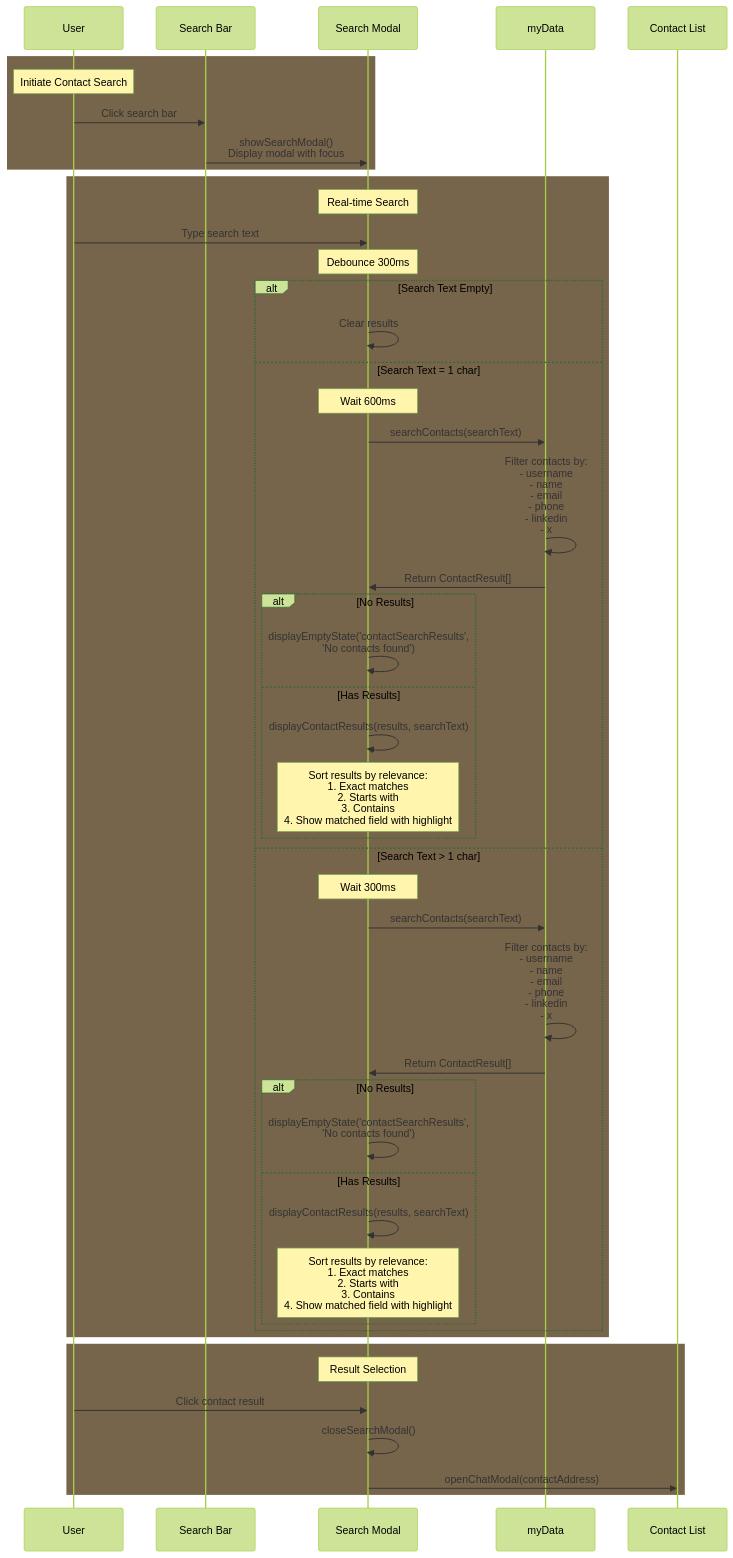
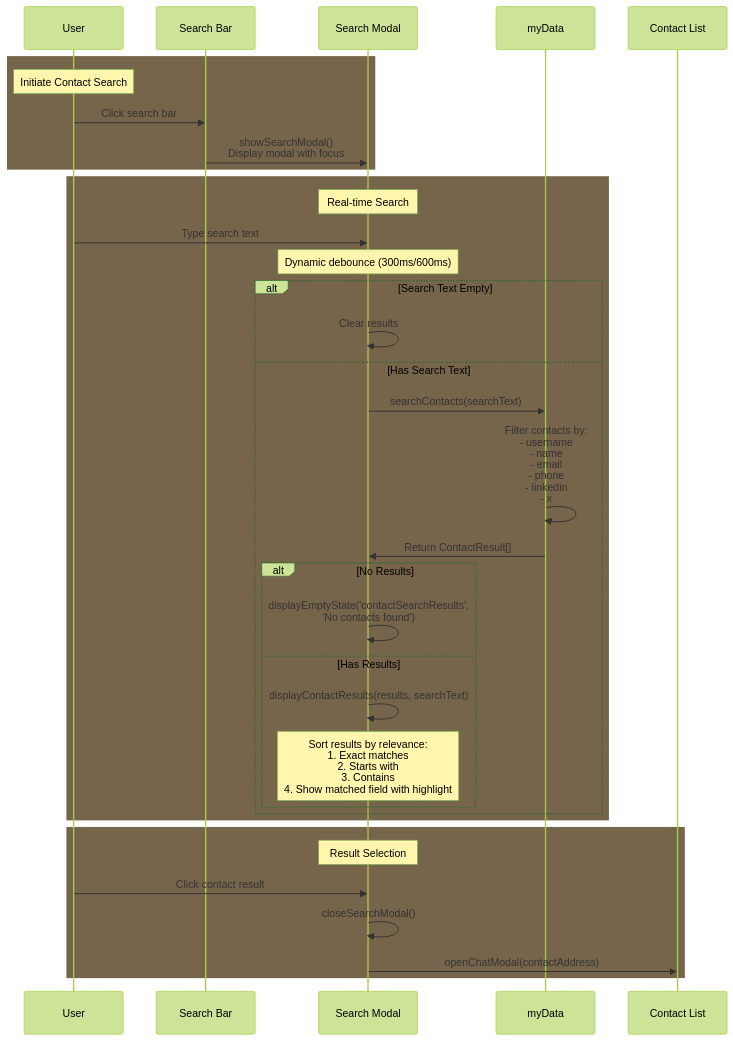
One commit to silver83p/web-client-v2 changed the diagram in data_structures_flow/contacts-search-flow.md. Above: the diagram before and after it, drawn with Mermaid (forest theme). The commit also changed other lines of this file and 3 other files, not shown here.

First line of the commit message:
Refactor search functionality with dynamic debounce and unified result handling

````diff
--- a/data_structures_flow/contacts-search-flow.md
+++ b/data_structures_flow/contacts-search-flow.md
@@ -6,52 +7,40 @@
 ```mermaid
 sequenceDiagram
     participant User
     participant SearchBar as Search Bar
     participant Modal as Search Modal
     participant Data as myData
     participant Contact as Contact List
 
     rect rgb(119, 101, 75)
         Note over User: Initiate Contact Search
         User->>SearchBar: Click search bar
         SearchBar->>Modal: showSearchModal()<br/>Display modal with focus
     end
 
     rect rgb(119, 101, 75)
         Note over Modal: Real-time Search
         User->>Modal: Type search text
-        Note over Modal: Debounce 300ms
+        Note over Modal: Dynamic debounce (300ms/600ms)
         alt Search Text Empty
             Modal->>Modal: Clear results
-        else Search Text = 1 char
-            Note over Modal: Wait 600ms
-            Modal->>Data: searchContacts(searchText)
-            Data->>Data: Filter contacts by:<br/>- username<br/>- name<br/>- email<br/>- phone<br/>- linkedin<br/>- x
-            Data->>Modal: Return ContactResult[]
-            alt No Results
-                Modal->>Modal: displayEmptyState('contactSearchResults',<br/>'No contacts found')
-            else Has Results
-                Modal->>Modal: displayContactResults(results, searchText)
-                Note over Modal: Sort results by relevance:<br/>1. Exact matches<br/>2. Starts with<br/>3. Contains<br/>4. Show matched field with highlight
-            end
-        else Search Text > 1 char
-            Note over Modal: Wait 300ms
+        else Has Search Text
             Modal->>Data: searchContacts(searchText)
             Data->>Data: Filter contacts by:<br/>- username<br/>- name<br/>- email<br/>- phone<br/>- linkedin<br/>- x
             Data->>Modal: Return ContactResult[]
             alt No Results
                 Modal->>Modal: displayEmptyState('contactSearchResults',<br/>'No contacts found')
             else Has Results
                 Modal->>Modal: displayContactResults(results, searchText)
                 Note over Modal: Sort results by relevance:<br/>1. Exact matches<br/>2. Starts with<br/>3. Contains<br/>4. Show matched field with highlight
             end
         end
     end
 
     rect rgb(119, 101, 75)
         Note over Modal: Result Selection
         User->>Modal: Click contact result
         Modal->>Modal: closeSearchModal()
         Modal->>Contact: openChatModal(contactAddress)
     end
 ```
````
